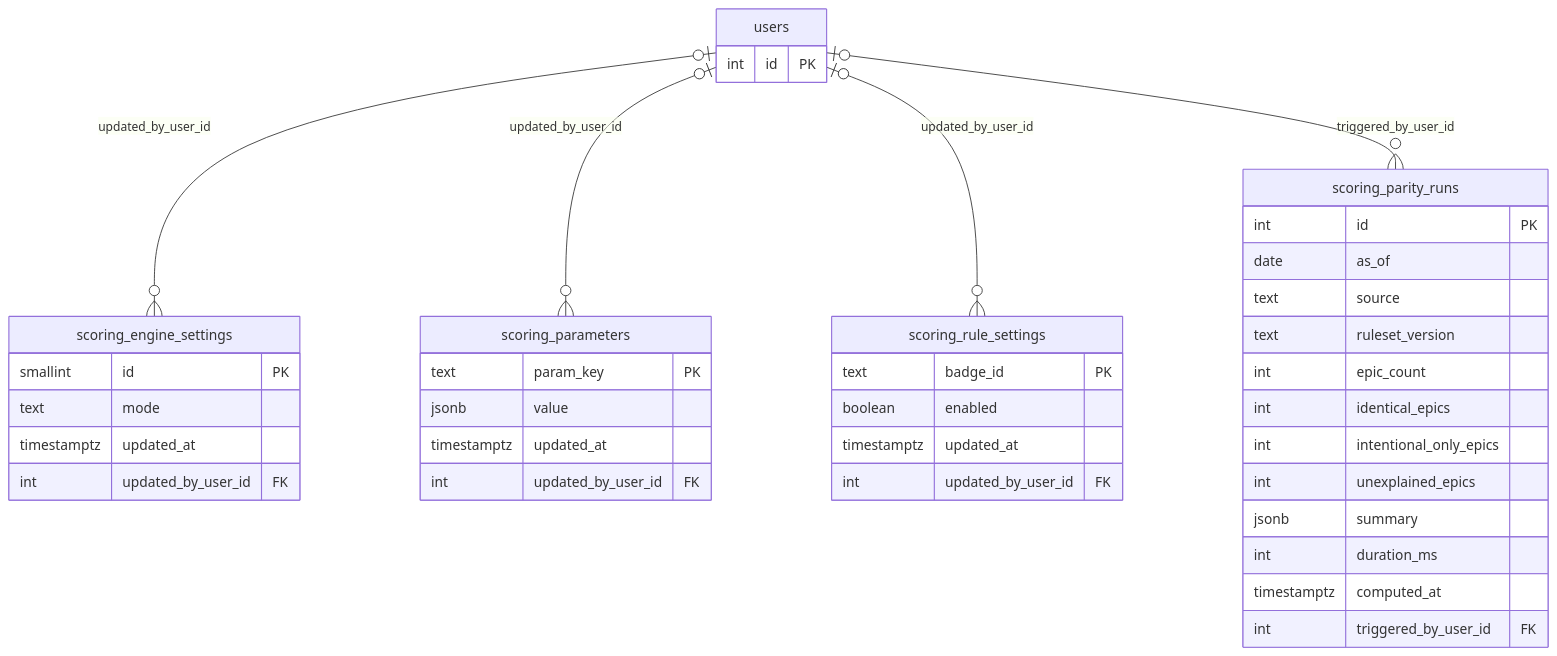
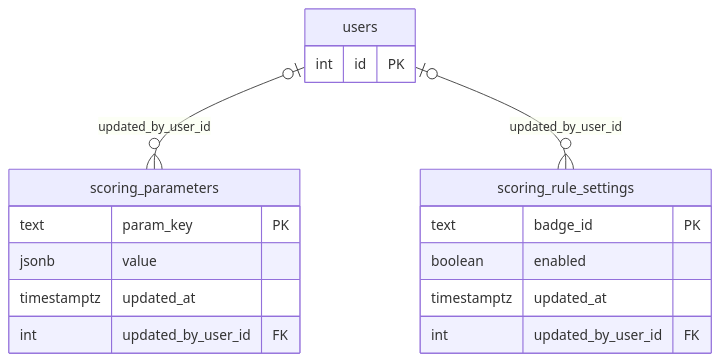
Before and after one commit to dminhbb/ttm-tool: the sixth of 12 diagrams in docs/database-erd.md, drawn with Mermaid. The commit also changed other lines of this file and 7 other files, not shown here.

````diff
--- a/docs/database-erd.md
+++ b/docs/database-erd.md
@@ -944,42 +914,20 @@
 ```mermaid
 erDiagram
-    scoring_engine_settings {
-        smallint id PK
-        text mode
-        timestamptz updated_at
-        int updated_by_user_id FK
-    }
     scoring_parameters {
         text param_key PK
         jsonb value
         timestamptz updated_at
         int updated_by_user_id FK
     }
     scoring_rule_settings {
         text badge_id PK
         boolean enabled
         timestamptz updated_at
         int updated_by_user_id FK
     }
-    scoring_parity_runs {
-        int id PK
-        date as_of
-        text source
-        text ruleset_version
-        int epic_count
-        int identical_epics
-        int intentional_only_epics
-        int unexplained_epics
-        jsonb summary
-        int duration_ms
-        timestamptz computed_at
-        int triggered_by_user_id FK
-    }
     users {
         int id PK
     }
-    users |o--o{ scoring_engine_settings : "updated_by_user_id"
     users |o--o{ scoring_parameters : "updated_by_user_id"
     users |o--o{ scoring_rule_settings : "updated_by_user_id"
-    users |o--o{ scoring_parity_runs : "triggered_by_user_id"
 ```
````
